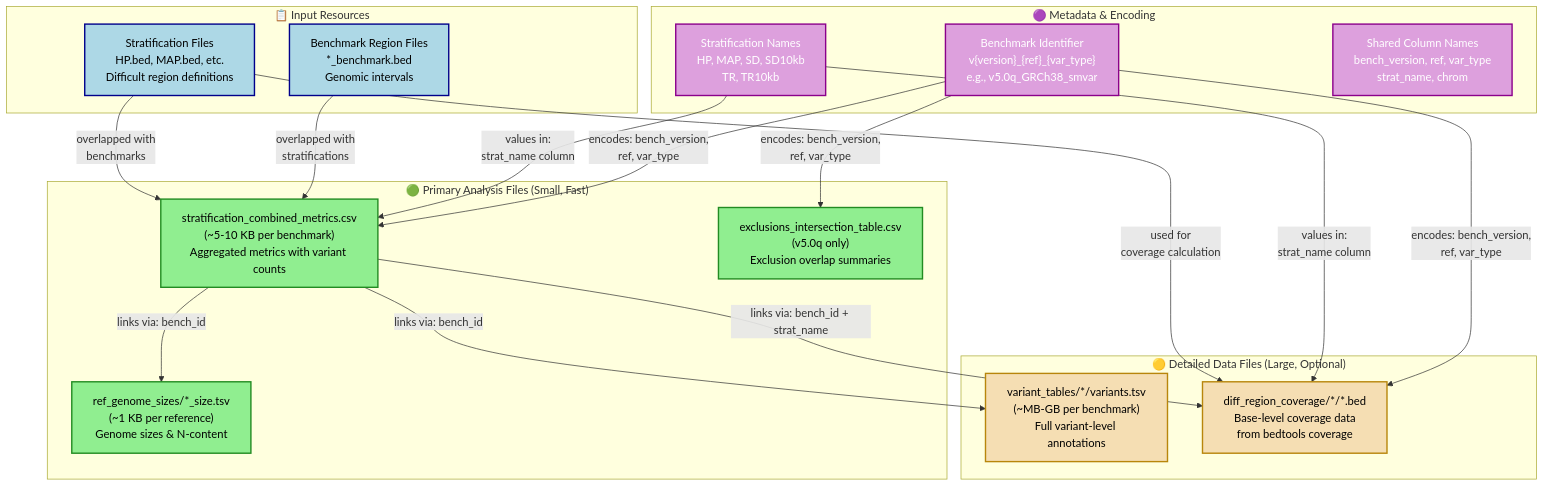
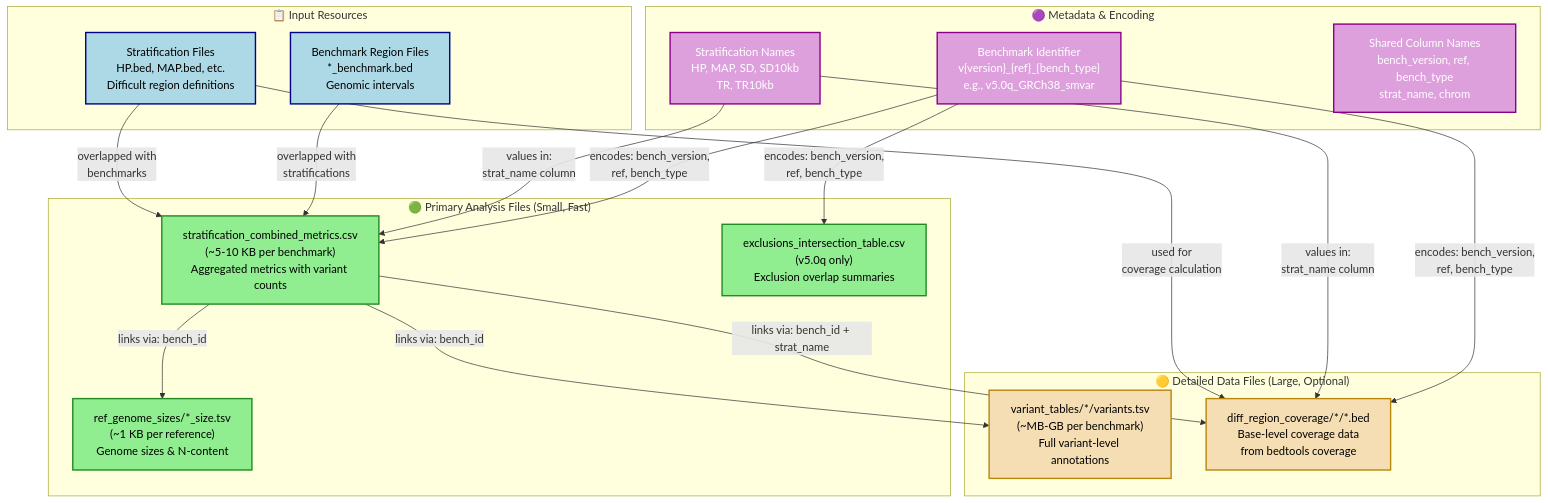
The diagram in docs/diagrams/output-relationships.mmd (nate-d-olson/q100-variant-benchmark-paper), drawn with Mermaid before and after one commit. The commit also changed 20 other files, not shown here.

```diff
--- a/docs/diagrams/output-relationships.mmd
+++ b/docs/diagrams/output-relationships.mmd
@@ -1,52 +1,52 @@
 graph TD
     subgraph PrimaryFiles["🟢 Primary Analysis Files (Small, Fast)"]
         STRAT["stratification_combined_metrics.csv<br/>(~5-10 KB per benchmark)<br/>Aggregated metrics with variant counts"]
         EXCL["exclusions_intersection_table.csv<br/>(v5.0q only)<br/>Exclusion overlap summaries"]
         REFSIZE["ref_genome_sizes/*_size.tsv<br/>(~1 KB per reference)<br/>Genome sizes & N-content"]
     end
 
     subgraph DetailedFiles["🟡 Detailed Data Files (Large, Optional)"]
         VARIANTS["variant_tables/*/variants.tsv<br/>(~MB-GB per benchmark)<br/>Full variant-level annotations"]
         COVERAGE["diff_region_coverage/*/*.bed<br/>Base-level coverage data<br/>from bedtools coverage"]
     end
 
     subgraph Metadata["🟣 Metadata & Encoding"]
-        BENCHID["Benchmark Identifier<br/>v{version}_{ref}_{var_type}<br/>e.g., v5.0q_GRCh38_smvar"]
+        BENCHID["Benchmark Identifier<br/>v{version}_{ref}_{bench_type}<br/>e.g., v5.0q_GRCh38_smvar"]
         STRATS["Stratification Names<br/>HP, MAP, SD, SD10kb<br/>TR, TR10kb"]
-        COLS["Shared Column Names<br/>bench_version, ref, var_type<br/>strat_name, chrom"]
+        COLS["Shared Column Names<br/>bench_version, ref, bench_type<br/>strat_name, chrom"]
     end
 
     subgraph InputResources["📋 Input Resources"]
         BENCHBED["Benchmark Region Files<br/>*_benchmark.bed<br/>Genomic intervals"]
         STRATBED["Stratification Files<br/>HP.bed, MAP.bed, etc.<br/>Difficult region definitions"]
     end
 
     %% Primary file relationships
     STRAT -->|links via: bench_id + strat_name| COVERAGE
     STRAT -->|links via: bench_id| REFSIZE
     STRAT -->|links via: bench_id| VARIANTS
 
     %% Metadata relationships
-    BENCHID -->|encodes: bench_version,<br/>ref, var_type| STRAT
-    BENCHID -->|encodes: bench_version,<br/>ref, var_type| COVERAGE
-    BENCHID -->|encodes: bench_version,<br/>ref, var_type| EXCL
+    BENCHID -->|encodes: bench_version,<br/>ref, bench_type| STRAT
+    BENCHID -->|encodes: bench_version,<br/>ref, bench_type| COVERAGE
+    BENCHID -->|encodes: bench_version,<br/>ref, bench_type| EXCL
 
     STRATS -->|values in:<br/>strat_name column| STRAT
     STRATS -->|values in:<br/>strat_name column| COVERAGE
 
     %% Input relationships
     BENCHBED -->|overlapped with<br/>stratifications| STRAT
     STRATBED -->|overlapped with<br/>benchmarks| STRAT
     STRATBED -->|used for<br/>coverage calculation| COVERAGE
 
     %% Styling
     classDef primary fill:#90EE90,stroke:#228B22,stroke-width:2px,color:#000
     classDef detailed fill:#F5DEB3,stroke:#B8860B,stroke-width:2px,color:#000
     classDef metadata fill:#DDA0DD,stroke:#8B008B,stroke-width:2px,color:#fff
     classDef input fill:#ADD8E6,stroke:#00008B,stroke-width:2px,color:#000
     classDef note fill:#FFFACD,stroke:#DAA520,stroke-width:1px,color:#000
 
     class STRAT,EXCL,REFSIZE primary
     class VARIANTS,COVERAGE detailed
     class BENCHID,STRATS,COLS metadata
     class BENCHBED,STRATBED input
```
